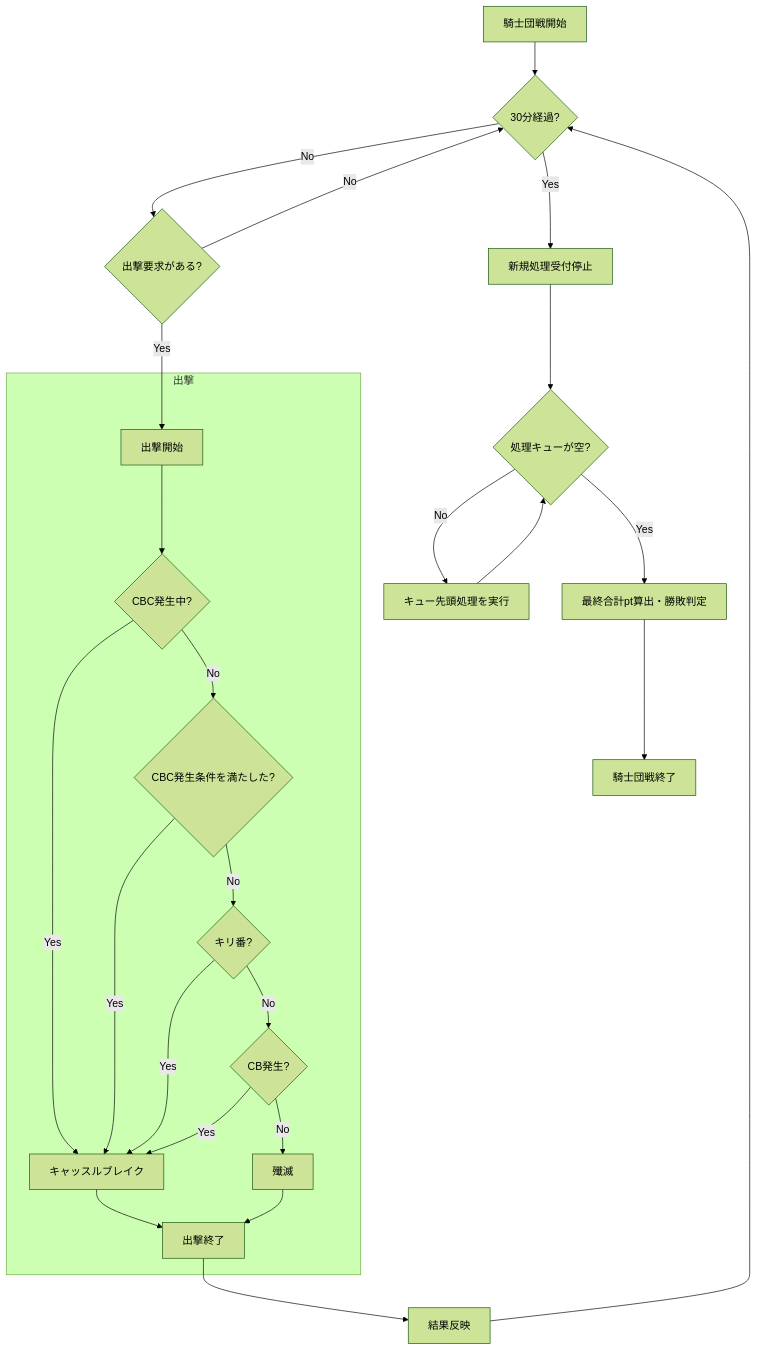
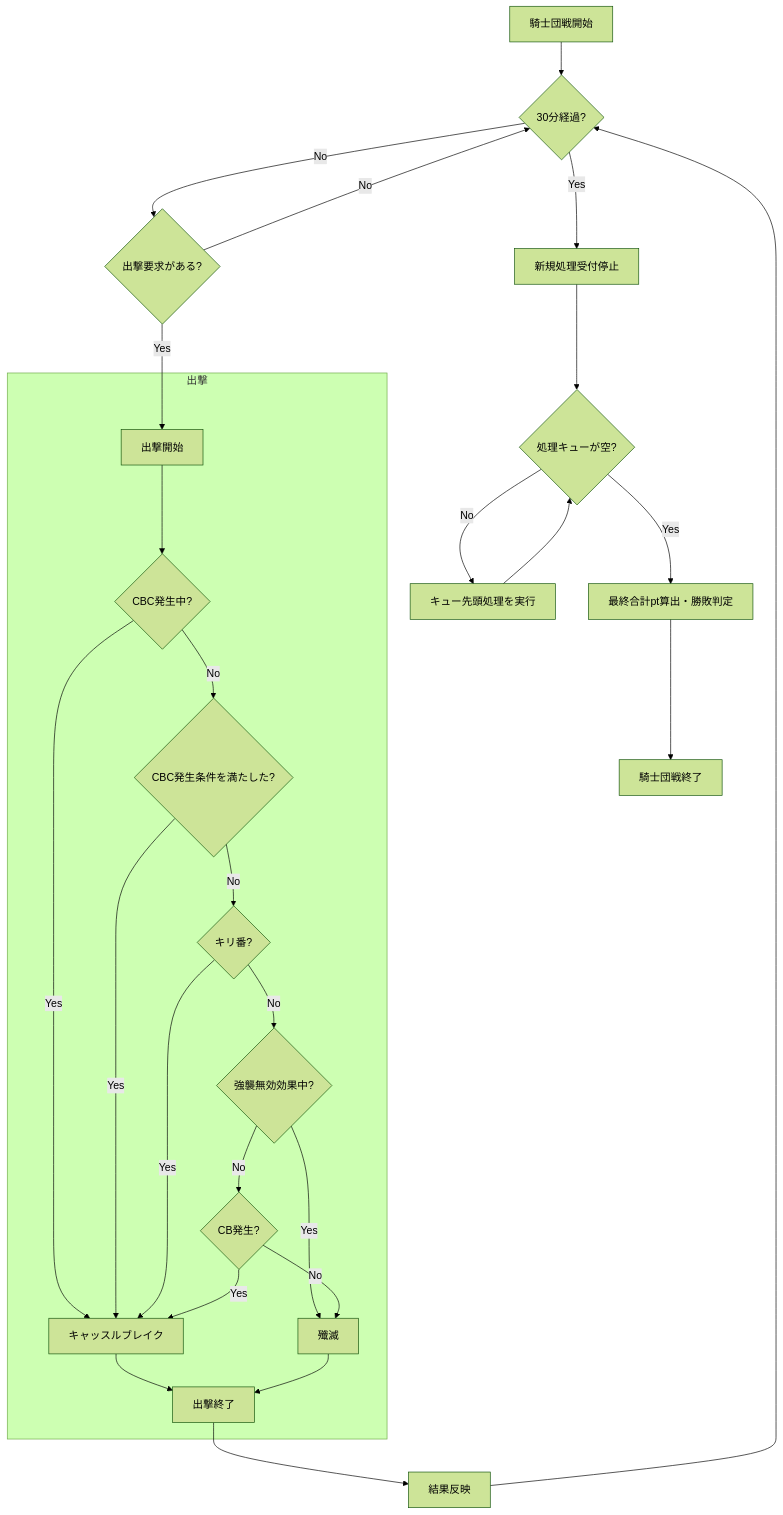
The first of 3 diagrams in design/game/guild_battle.md (ReHydrangeaOdyssey/Specifications), drawn with Mermaid (forest theme) before and after one commit. The commit also changed other lines of this file and 22 other files, not shown here.

````diff
--- a/design/game/guild_battle.md
+++ b/design/game/guild_battle.md
@@ -5,48 +5,51 @@
 ```mermaid
 flowchart TD;
     Start[騎士団戦開始];
     ChackTimeLimit{30分経過?};
     ChackAttack{出撃要求がある?};
     CheckCBC{CBC発生中?};
     CheckCBCCondition{CBC発生条件を満たした?};
     Reflected[結果反映];
     StopAccept[新規処理受付停止];
     CheckQueue{処理キューが空?};
     ResolveQueue[キュー先頭処理を実行];
     Judgment[最終合計pt算出・勝敗判定];
     End[騎士団戦終了];
     StartPlayerAttack[出撃開始];
     EndPlayerAttack[出撃終了];
     CB[キャッスルブレイク];
 
     Start --> ChackTimeLimit;
     ChackTimeLimit -- Yes --> StopAccept;
     StopAccept --> CheckQueue;
     CheckQueue -- No --> ResolveQueue;
     ResolveQueue --> CheckQueue;
     CheckQueue -- Yes --> Judgment;
     Judgment --> End;
     ChackTimeLimit -- No --> ChackAttack;
     ChackAttack -- Yes --> StartPlayerAttack;
     ChackAttack -- No --> ChackTimeLimit;
     EndPlayerAttack --> Reflected;
     Reflected --> ChackTimeLimit
 
     subgraph 出撃
         CheckChain{キリ番?};
+        CheckAssaultDisable{強襲無効効果中?};
         CheckCB{CB発生?};
         Attack[殲滅];
 
         StartPlayerAttack --> CheckCBC;        
         CheckCBC -- Yes --> CB;
         CheckCBC -- No --> CheckCBCCondition;
         CheckCBCCondition -- Yes --> CB;
         CheckCBCCondition -- No --> CheckChain;
         CheckChain -- Yes --> CB;
-        CheckChain -- No --> CheckCB;
+        CheckChain -- No --> CheckAssaultDisable;
+        CheckAssaultDisable -- Yes --> Attack;
+        CheckAssaultDisable -- No --> CheckCB;
         CheckCB -- Yes --> CB;
         CheckCB -- No --> Attack;
         CB --> EndPlayerAttack;
         Attack --> EndPlayerAttack;
     end
 ```
````
